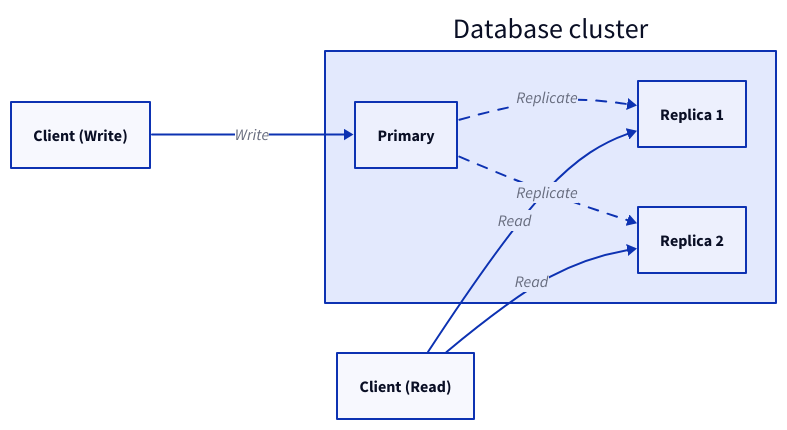
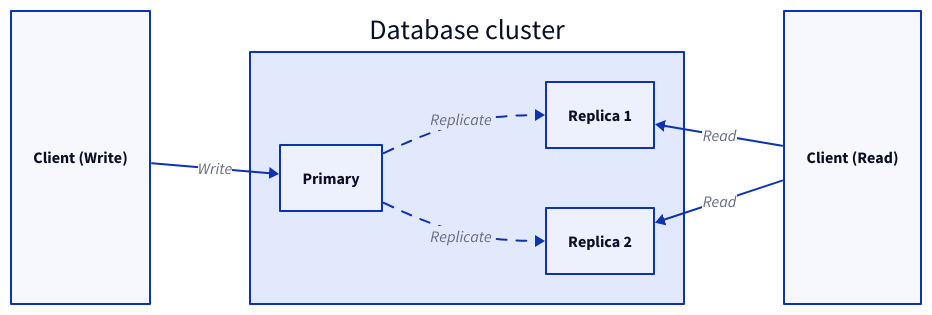
Before and after one commit to link1905/system-design-101: the first of 5 diagrams in content/docs/data-persistence/distributed-database/master-slave-architecture.md, drawn with D2. The commit also changed other lines of this file and 40 other files, not shown here.

````diff
--- a/content/docs/data-persistence/distributed-database/master-slave-architecture.md
+++ b/content/docs/data-persistence/distributed-database/master-slave-architecture.md
@@ -13,30 +13,32 @@
 ```d2
-direction: right
+grid-rows: 1
+horizontal-gap: 100
 w: Client (Write) {
     class: client
 }
 dc: Database cluster {
+  direction: right
     w: Primary {
       class: db
     }
     r1: Replica 1 {
       class: db
     }
     r2: Replica 2 {
       class: db
     }
     w -> r1: Replicate {
       style.animated: true
     }
     w -> r2: Replicate {
       style.animated: true
     }
 }
 
 r: Client (Read) {
     class: client
 }
 w -> dc.w: Write
 r -> dc.r1: Read
 r -> dc.r2: Read
 ```
````
